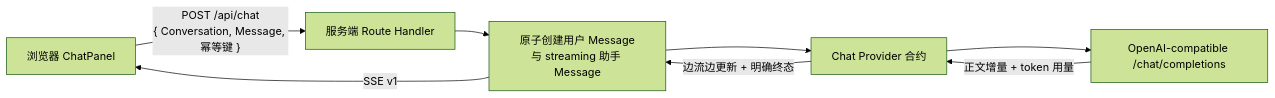
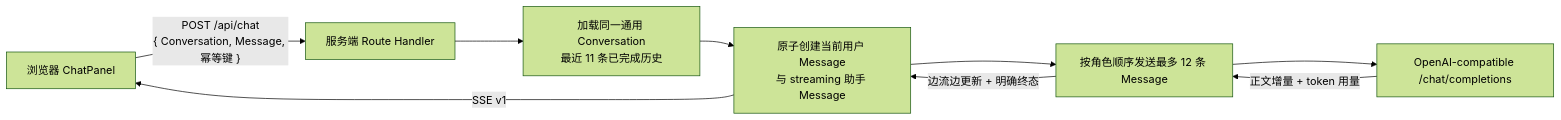
The diagram in README.md (RZDCXZ/zhi-flow), drawn with Mermaid (forest theme) before and after one commit. The commit also changed other lines of this file and 10 other files, not shown here.

````diff
--- a/README.md
+++ b/README.md
@@ -88,10 +88,11 @@
 ```mermaid
 flowchart LR
   Browser["浏览器 ChatPanel"] -->|"POST /api/chat<br/>{ Conversation, Message, 幂等键 }"| Route["服务端 Route Handler"]
-  Route --> Persist["原子创建用户 Message<br/>与 streaming 助手 Message"]
-  Persist --> Provider["Chat Provider 合约"]
+  Route --> Context["加载同一通用 Conversation<br/>最近 11 条已完成历史"]
+  Context --> Persist["原子创建当前用户 Message<br/>与 streaming 助手 Message"]
+  Persist --> Provider["按角色顺序发送最多 12 条 Message"]
   Provider --> OpenAI["OpenAI-compatible /chat/completions"]
   OpenAI -->|"正文增量 + token 用量"| Provider
   Provider -->|"边流边更新 + 明确终态"| Persist
   Persist -->|"SSE v1"| Browser
 ```
````
